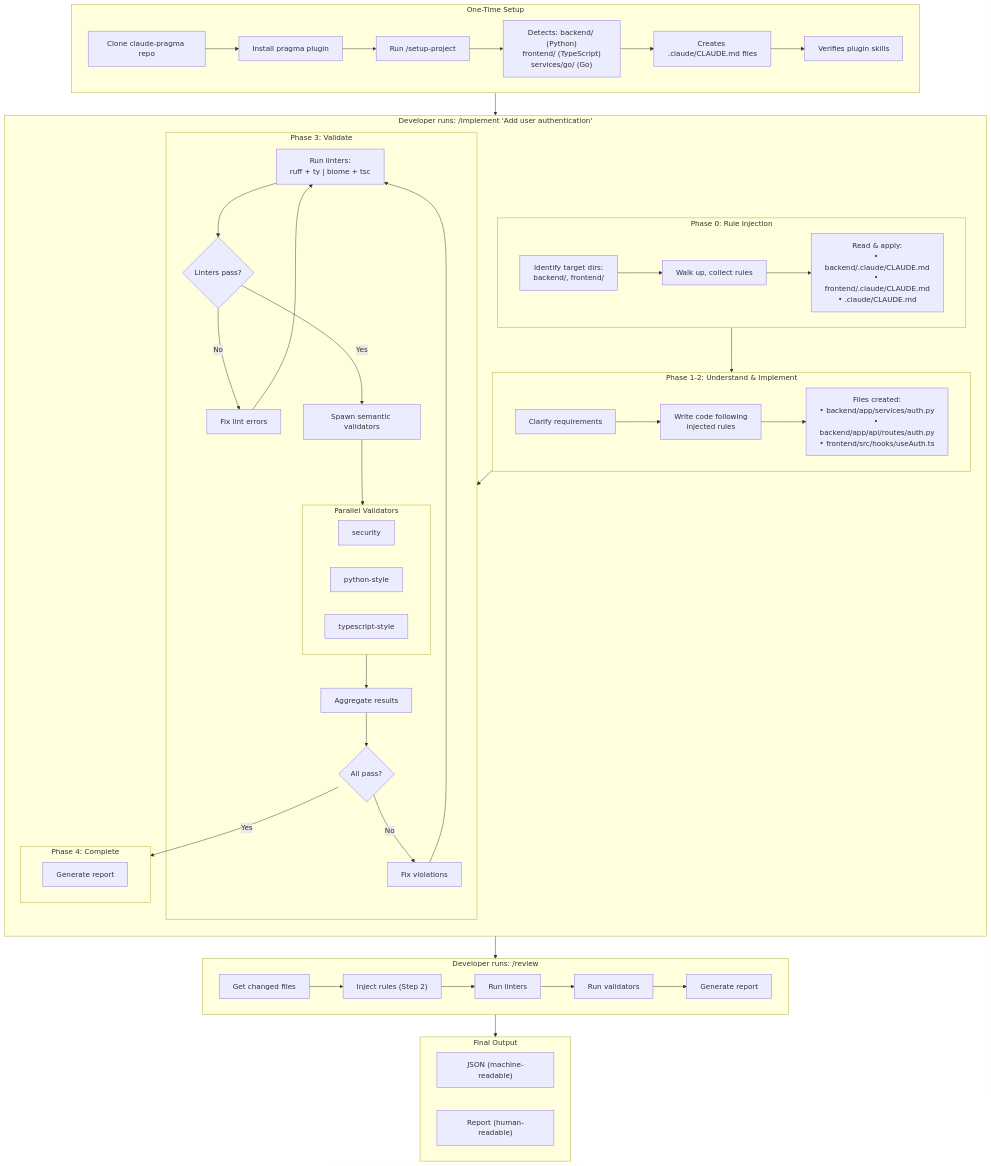
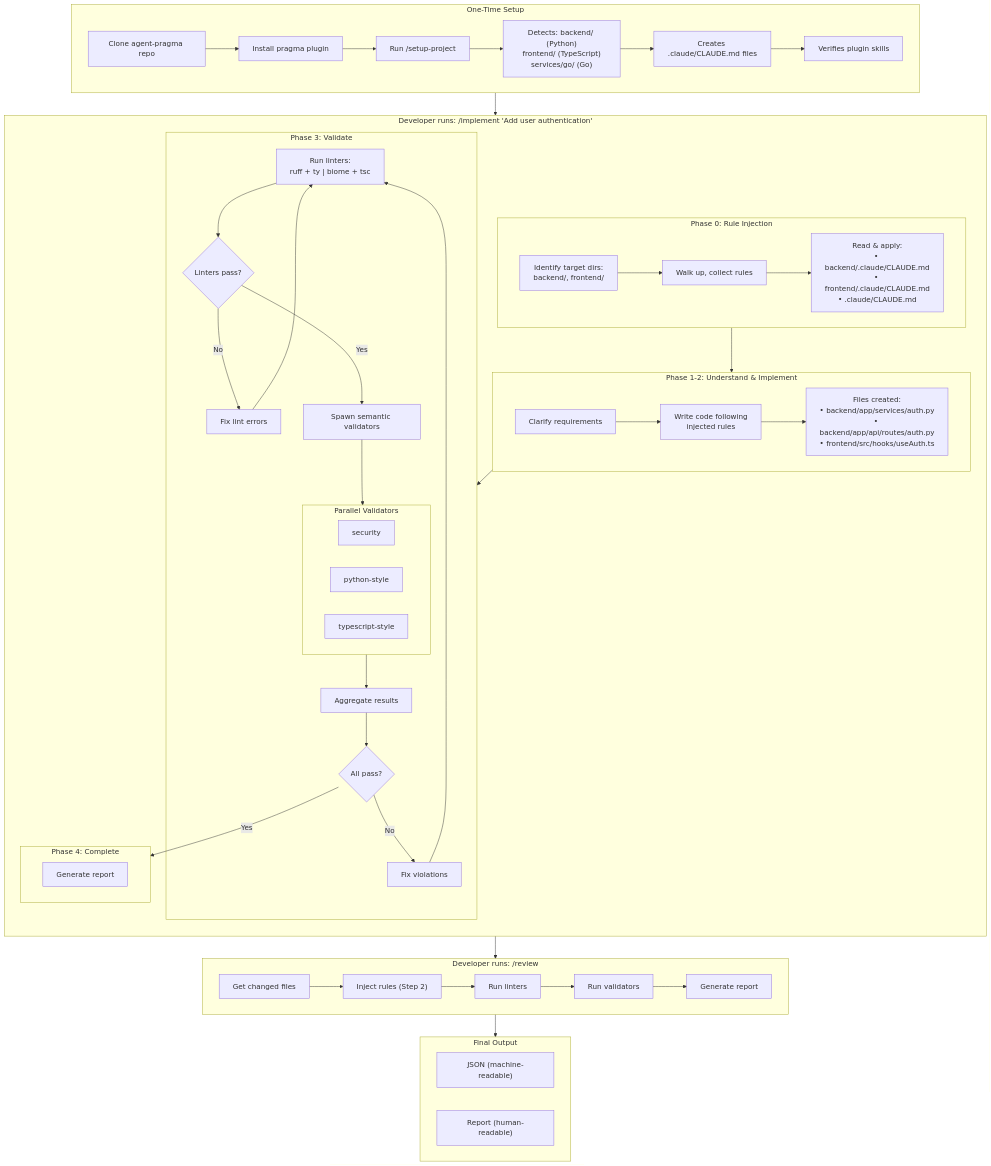
One commit to peteski22/claude-pragma changed the first of 9 diagrams in ARCHITECTURE.md. Above: the diagram before and after it, drawn with Mermaid. The commit also changed other lines of this file and 13 other files, not shown here.

First line of the commit message:
Rename all claude-pragma references to agent-pragma (#72)

````diff
--- a/ARCHITECTURE.md
+++ b/ARCHITECTURE.md
@@ -9,78 +9,78 @@
 ```mermaid
 flowchart TB
     subgraph Setup["One-Time Setup"]
-        S1["Clone claude-pragma repo"]
+        S1["Clone agent-pragma repo"]
         S2["Install pragma plugin"]
         S3["Run /setup-project"]
         S1 --> S2 --> S3
         S3 --> S3a["Detects: backend/ (Python)<br/>frontend/ (TypeScript)<br/>services/go/ (Go)"]
         S3a --> S3b["Creates .claude/CLAUDE.md files"]
         S3b --> S3c["Verifies plugin skills"]
     end
 
     subgraph Implement["Developer runs: /implement 'Add user authentication'"]
         direction TB
 
         subgraph P0["Phase 0: Rule Injection"]
             P0a["Identify target dirs:<br/>backend/, frontend/"]
             P0b["Walk up, collect rules"]
             P0c["Read & apply:<br/>• backend/.claude/CLAUDE.md<br/>• frontend/.claude/CLAUDE.md<br/>• .claude/CLAUDE.md"]
             P0a --> P0b --> P0c
         end
 
         subgraph P12["Phase 1-2: Understand & Implement"]
             P12a["Clarify requirements"]
             P12b["Write code following<br/>injected rules"]
             P12c["Files created:<br/>• backend/app/services/auth.py<br/>• backend/app/api/routes/auth.py<br/>• frontend/src/hooks/useAuth.ts"]
             P12a --> P12b --> P12c
         end
 
         subgraph P3["Phase 3: Validate"]
             P3a["Run linters:<br/>ruff + ty | biome + tsc"]
             P3b{Linters pass?}
             P3c["Fix lint errors"]
             P3d["Spawn semantic validators"]
 
             P3a --> P3b
             P3b -->|No| P3c --> P3a
             P3b -->|Yes| P3d
 
             subgraph Validators["Parallel Validators"]
                 V1["security"]
                 V2["python-style"]
                 V3["typescript-style"]
             end
 
             P3d --> Validators
             Validators --> P3e["Aggregate results"]
             P3e --> P3f{All pass?}
             P3f -->|No| P3g["Fix violations"]
             P3g --> P3a
         end
 
         subgraph P4["Phase 4: Complete"]
             P4a["Generate report"]
         end
 
         P0 --> P12 --> P3
         P3f -->|Yes| P4
     end
 
     subgraph Review["Developer runs: /review"]
         R1["Get changed files"]
         R2["Inject rules (Step 2)"]
         R3["Run linters"]
         R4["Run validators"]
         R5["Generate report"]
         R1 --> R2 --> R3 --> R4 --> R5
     end
 
     subgraph Output["Final Output"]
         O1["JSON (machine-readable)"]
         O2["Report (human-readable)"]
     end
 
     Setup --> Implement
     Implement --> Review
     Review --> Output
 ```
````
